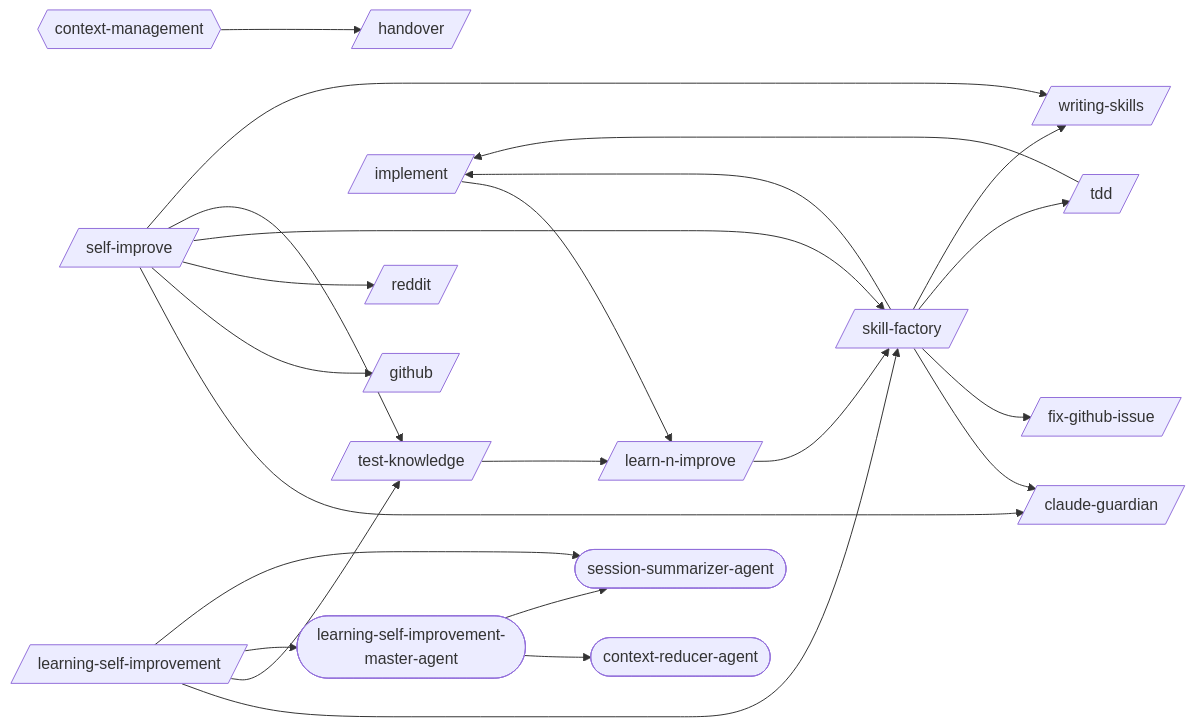
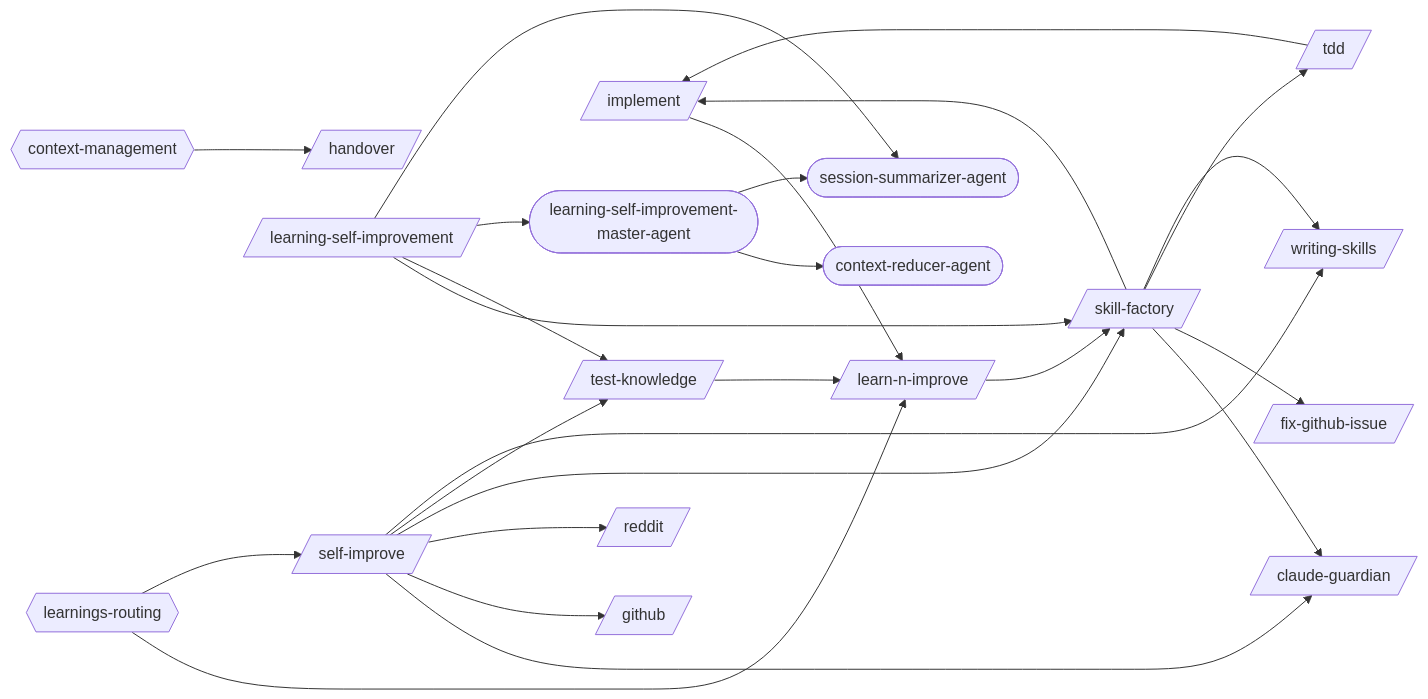
Before and after one commit to abhayla/claude-best-practices: the first of 19 diagrams in docs/workflows/learning-self-improvement.md, drawn with Mermaid. The commit also changed other lines of this file and 13 other files, not shown here.

````diff
--- a/docs/workflows/learning-self-improvement.md
+++ b/docs/workflows/learning-self-improvement.md
@@ -9,42 +9,45 @@
 ```mermaid
 graph LR
     claude_guardian[/claude-guardian/]
     fix_github_issue[/fix-github-issue/]
     github[/github/]
     handover[/handover/]
     implement[/implement/]
     learn_n_improve[/learn-n-improve/]
     learning_self_improvement[/learning-self-improvement/]
     reddit[/reddit/]
     self_improve[/self-improve/]
     skill_factory[/skill-factory/]
     tdd[/tdd/]
     test_knowledge[/test-knowledge/]
     writing_skills[/writing-skills/]
     context_reducer_agent([context-reducer-agent])
     learning_self_improvement_master_agent([learning-self-improvement-master-agent])
     session_summarizer_agent([session-summarizer-agent])
     context_management{{context-management}}
+    learnings_routing{{learnings-routing}}
     implement --> learn_n_improve
     learn_n_improve --> skill_factory
     learning_self_improvement --> skill_factory
     learning_self_improvement --> test_knowledge
     learning_self_improvement --> learning_self_improvement_master_agent
     learning_self_improvement --> session_summarizer_agent
     skill_factory --> claude_guardian
     skill_factory --> fix_github_issue
     skill_factory --> implement
     skill_factory --> tdd
     skill_factory --> writing_skills
     tdd --> implement
     test_knowledge --> learn_n_improve
     self_improve --> claude_guardian
     self_improve --> github
     self_improve --> reddit
     self_improve --> skill_factory
     self_improve --> test_knowledge
     self_improve --> writing_skills
     learning_self_improvement_master_agent --> context_reducer_agent
     learning_self_improvement_master_agent --> session_summarizer_agent
     context_management --> handover
+    learnings_routing --> learn_n_improve
+    learnings_routing --> self_improve
 ```
````
